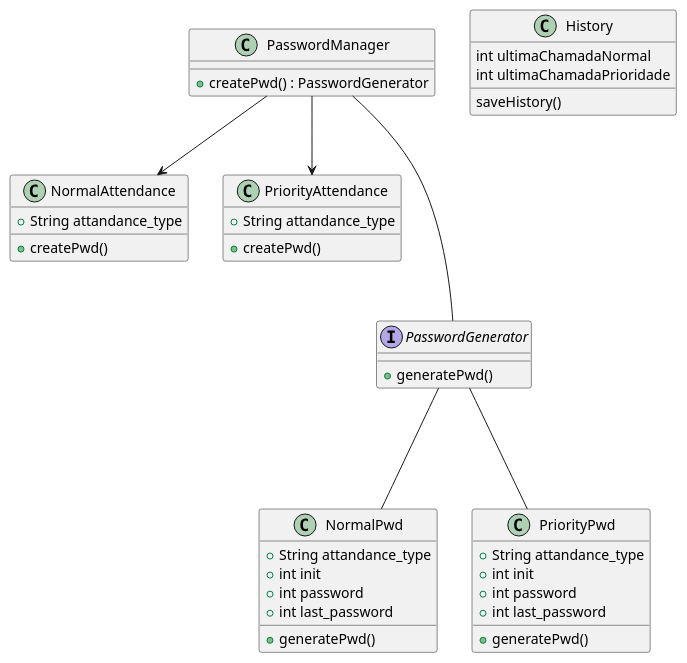
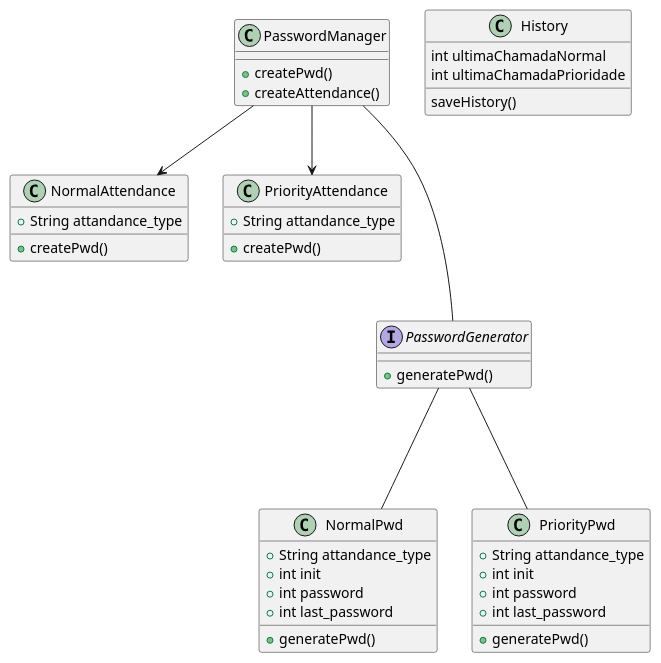
Before and after one commit to davieduardo94/attendance_pass_manager: the diagram in schema_password_generator.plantuml, drawn with PlantUML.

Commit message:
updates schema add method createAttendance

```diff
--- a/schema_password_generator.plantuml
+++ b/schema_password_generator.plantuml
@@ -1,55 +1,56 @@
 @startuml Senha
 
 class PasswordManager {
-    +createPwd() : PasswordGenerator
+    +createPwd()
+    +createAttendance()
 }
 
 
 class NormalAttendance{
     +String attandance_type
     
     +createPwd()
 }
 
 class PriorityAttendance{
     +String attandance_type
     
     +createPwd()
 }
 
 interface PasswordGenerator{
     +generatePwd()
 }
 
 class NormalPwd{
     +String attandance_type
     +int init
     +int password
     +int last_password
 
     +generatePwd()
 }
 
 class PriorityPwd {
     +String attandance_type
     +int init
     +int password
     +int last_password
 
     +generatePwd()
 }
 
 class History{
     int ultimaChamadaNormal
     int ultimaChamadaPrioridade
 
     saveHistory()
 }
 
 PasswordGenerator --- NormalPwd
 PasswordGenerator --- PriorityPwd
 PasswordManager --- PasswordGenerator
 PasswordManager --> NormalAttendance
 PasswordManager --> PriorityAttendance
 
 @enduml
```
